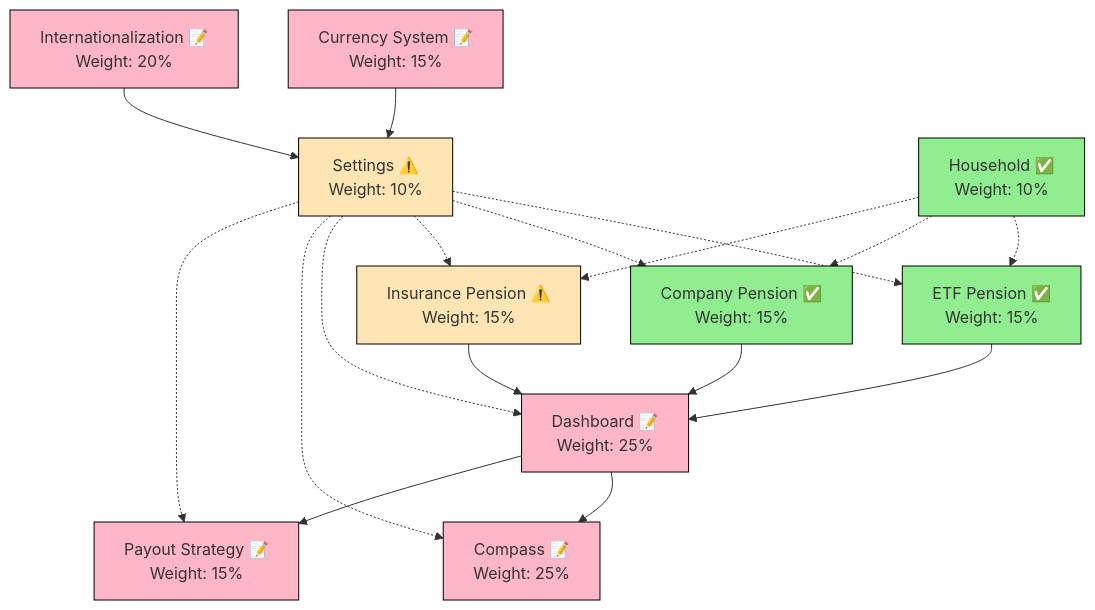
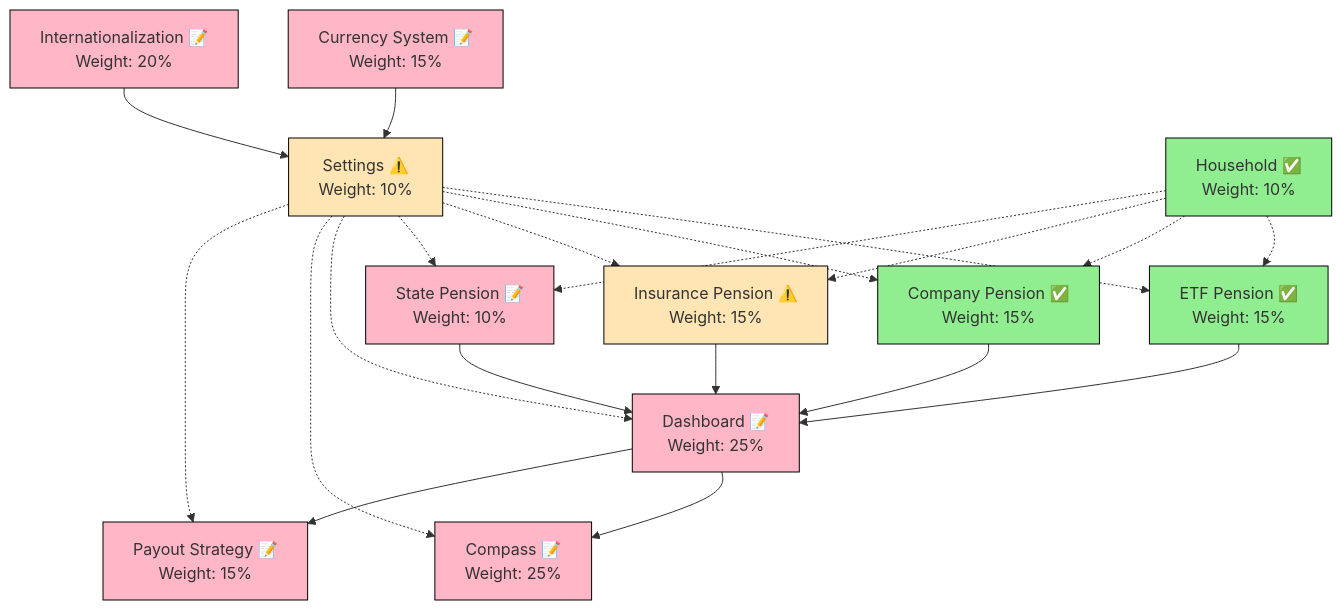
Before and after one commit to my-axel/goldfinch: the first of 2 diagrams in PROGRESS.md, drawn with Mermaid. The commit also changed other lines of this file and 17 other files, not shown here.

````diff
--- a/PROGRESS.md
+++ b/PROGRESS.md
@@ -46,38 +54,41 @@
 ```mermaid
 graph TD
     %% Core Modules
     ETF[ETF Pension ✅<br/>Weight: 15%] --> D
     CP[Company Pension ✅<br/>Weight: 15%] --> D
     IP[Insurance Pension ⚠️<br/>Weight: 15%] --> D
+    SP[State Pension 📝<br/>Weight: 10%] --> D
     D[Dashboard 📝<br/>Weight: 25%] --> C
     D --> PS
     
     %% Dependent Modules
     C[Compass 📝<br/>Weight: 25%]
     PS[Payout Strategy 📝<br/>Weight: 15%]
     
     %% Cross-Cutting Features
     CS[Currency System 📝<br/>Weight: 15%] --> S
     I18n[Internationalization 📝<br/>Weight: 20%] --> S
     
     %% Settings affects all modules
     S[Settings ⚠️<br/>Weight: 10%] -.-> ETF
     S -.-> CP
     S -.-> IP
+    S -.-> SP
     S -.-> D
     S -.-> C
     S -.-> PS
     
     %% Household integration
     H[Household ✅<br/>Weight: 10%] -.-> ETF
     H -.-> CP
     H -.-> IP
+    H -.-> SP
     
     %% Styling
     classDef complete fill:#90EE90,stroke:#000
     classDef partial fill:#FFE5B4,stroke:#000
     classDef notStarted fill:#FFB6C6,stroke:#000
     class ETF,H,CP complete
     class IP,S partial
-    class CS,I18n,D,C,PS notStarted
+    class SP,CS,I18n,D,C,PS notStarted
 ```
````
